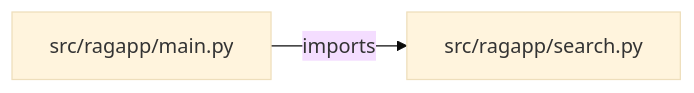
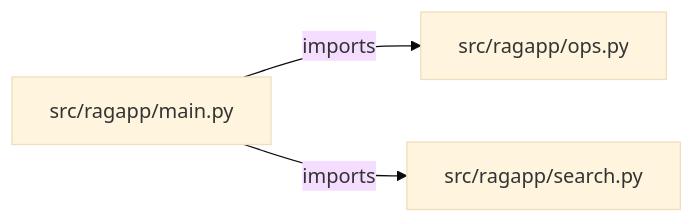
The diagram in PROJECT_ARCHITECTURE.md (iarsingh/enterprise-multi-source-rag), drawn with Mermaid (base theme) before and after one commit. The commit also changed other lines of this file and 2 other files, not shown here.

Commit message:
Refresh architecture and interview guides from current implementation

````diff
--- a/PROJECT_ARCHITECTURE.md
+++ b/PROJECT_ARCHITECTURE.md
@@ -13,6 +13,8 @@
 ```mermaid
 flowchart LR
     M0["src/ragapp/main.py"]
-    M1["src/ragapp/search.py"]
+    M1["src/ragapp/ops.py"]
+    M2["src/ragapp/search.py"]
     M0 -->|imports| M1
+    M0 -->|imports| M2
 ```
````
